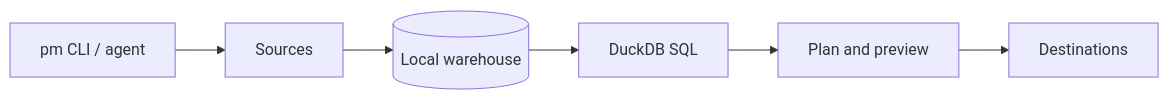
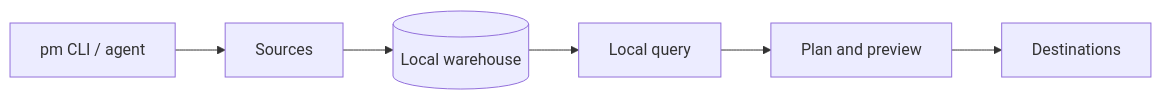
Before and after one commit to polymetrics-ai/cli: the diagram in README.md, drawn with Mermaid. The commit also changed other lines of this file and 7 other files, not shown here.

````diff
--- a/README.md
+++ b/README.md
@@ -135,8 +134,8 @@
 ```mermaid
 flowchart LR
   CLI["pm CLI / agent"] --> SRC["Sources"]
   SRC --> WH[("Local warehouse")]
-  WH --> SQL["DuckDB SQL"]
+  WH --> SQL["Local query"]
   SQL --> PLAN["Plan and preview"]
   PLAN --> DEST["Destinations"]
 ```
````
